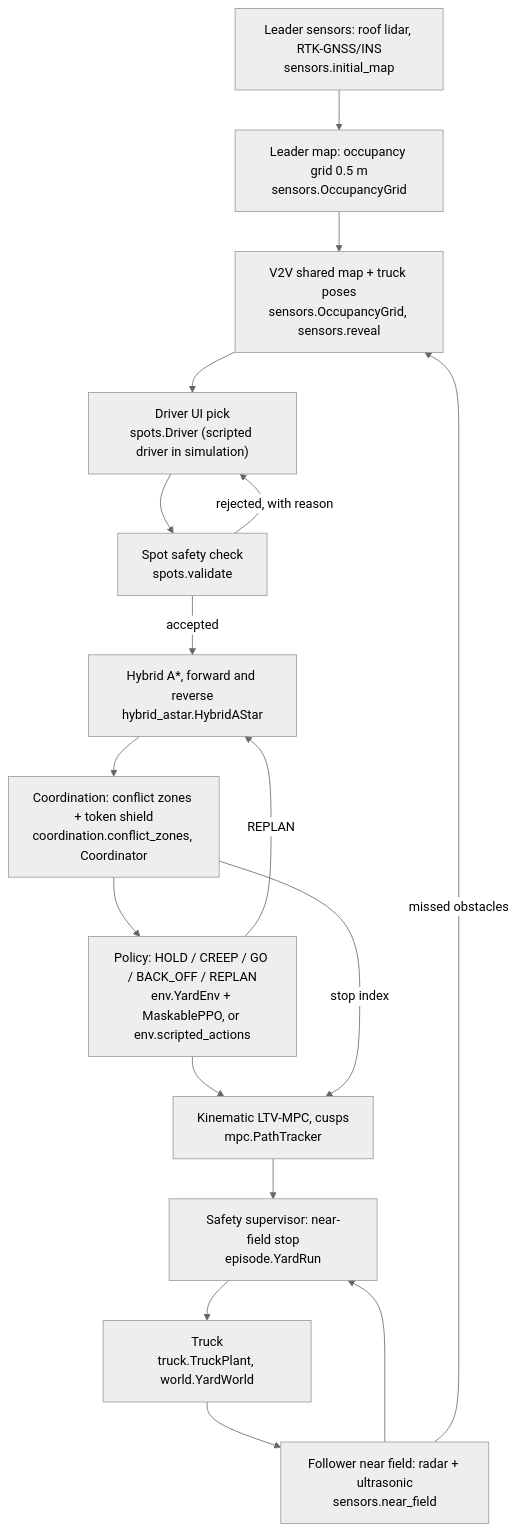
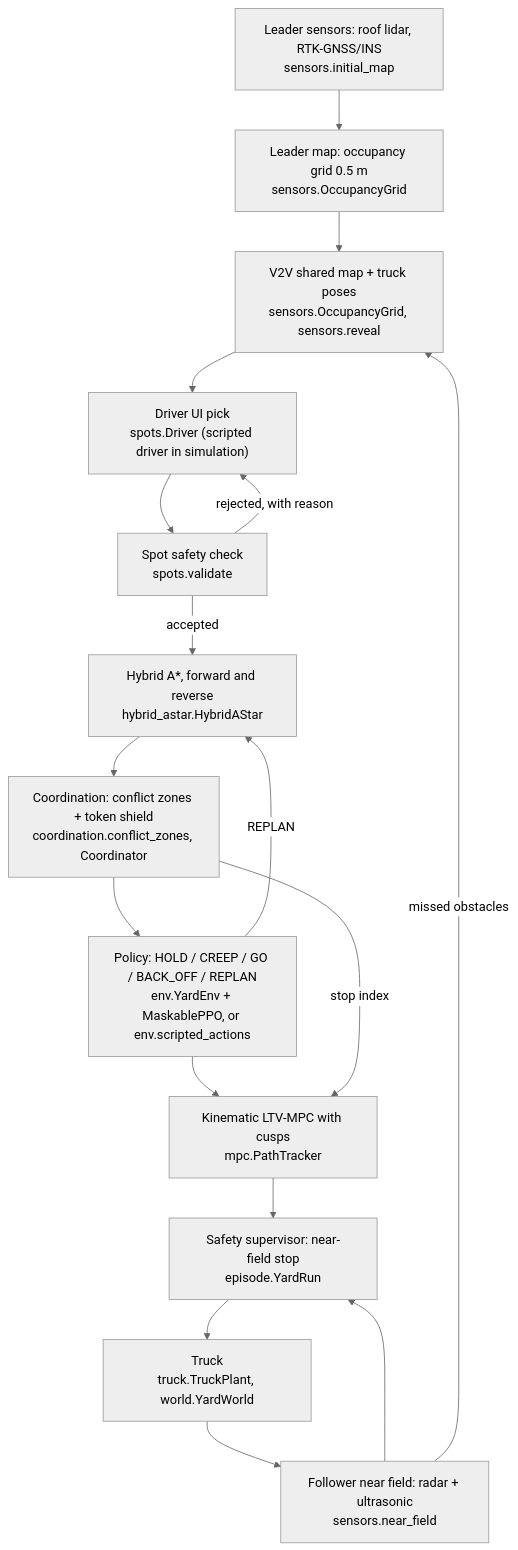
The diagram in docs/yard_parking_design.md (SamuelAwuah376/Vehicle-Convoy-Control), drawn with Mermaid (neutral theme) before and after one commit. The commit also changed other lines of this file and 2 other files, not shown here.

````diff
--- a/docs/yard_parking_design.md
+++ b/docs/yard_parking_design.md
@@ -63,19 +62,19 @@
 ```mermaid
 flowchart TD
   LS["Leader sensors: roof lidar, RTK-GNSS/INS<br/>sensors.initial_map"] --> MAP["Leader map: occupancy grid 0.5 m<br/>sensors.OccupancyGrid"]
   MAP --> V2V["V2V shared map + truck poses<br/>sensors.OccupancyGrid, sensors.reveal"]
   V2V --> UI["Driver UI pick<br/>spots.Driver (scripted driver in simulation)"]
   UI --> CHK["Spot safety check<br/>spots.validate"]
   CHK -->|rejected, with reason| UI
   CHK -->|accepted| HA["Hybrid A*, forward and reverse<br/>hybrid_astar.HybridAStar"]
   HA --> CO["Coordination: conflict zones + token shield<br/>coordination.conflict_zones, Coordinator"]
   CO --> POL["Policy: HOLD / CREEP / GO / BACK_OFF / REPLAN<br/>env.YardEnv + MaskablePPO, or env.scripted_actions"]
   POL -->|REPLAN| HA
-  POL --> MPC["Kinematic LTV-MPC, cusps<br/>mpc.PathTracker"]
+  POL --> MPC["Kinematic LTV-MPC with cusps<br/>mpc.PathTracker"]
   CO -->|stop index| MPC
   MPC --> SUP["Safety supervisor: near-field stop<br/>episode.YardRun"]
   NF["Follower near field: radar + ultrasonic<br/>sensors.near_field"] --> SUP
   NF -->|missed obstacles| V2V
   SUP --> TR["Truck<br/>truck.TruckPlant, world.YardWorld"]
   TR --> NF
 ```
````
